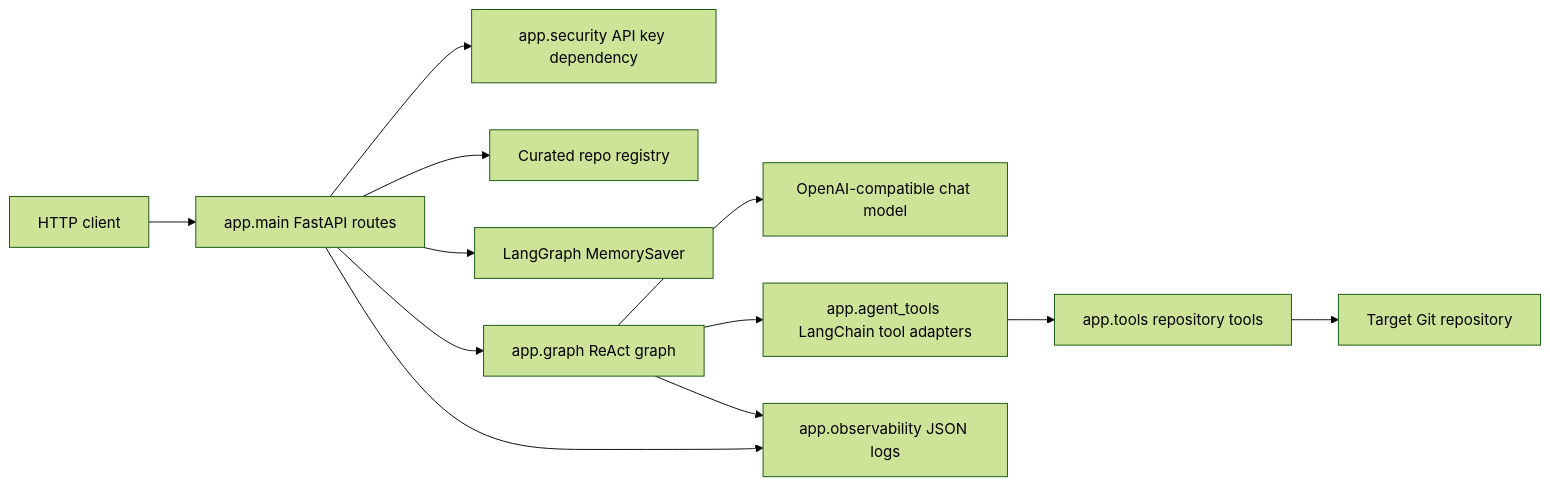
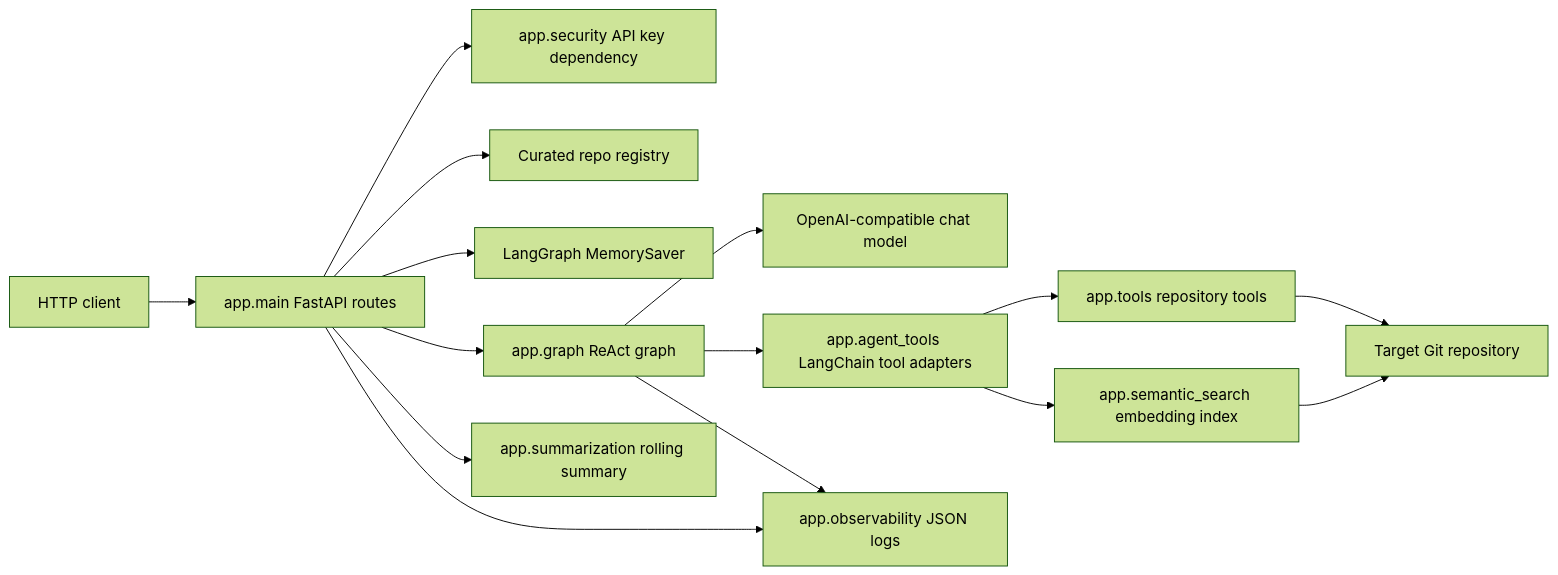
One commit to Brunotlps/overture changed the first of 3 diagrams in docs/architecture.md. Above: the diagram before and after it, drawn with Mermaid (forest theme). The commit also changed other lines of this file and 7 other files, not shown here.

````diff
--- a/docs/architecture.md
+++ b/docs/architecture.md
@@ -11,26 +11,31 @@
 ```mermaid
 flowchart LR
     Client[HTTP client]
     FastAPI[app.main FastAPI routes]
     Security[app.security API key dependency]
     Graph[app.graph ReAct graph]
     LLM[OpenAI-compatible chat model]
     AgentTools[app.agent_tools LangChain tool adapters]
     RepoTools[app.tools repository tools]
+    Semantic[app.semantic_search embedding index]
+    Summary[app.summarization rolling summary]
     Repo[Target Git repository]
     Memory[LangGraph MemorySaver]
     Logs[app.observability JSON logs]
     Registry[Curated repo registry]
 
     Client --> FastAPI
     FastAPI --> Security
     FastAPI --> Registry
     FastAPI --> Memory
     FastAPI --> Graph
     Graph --> LLM
     Graph --> AgentTools
     AgentTools --> RepoTools
+    AgentTools --> Semantic
     RepoTools --> Repo
+    Semantic --> Repo
+    FastAPI --> Summary
     FastAPI --> Logs
     Graph --> Logs
 ```
````
